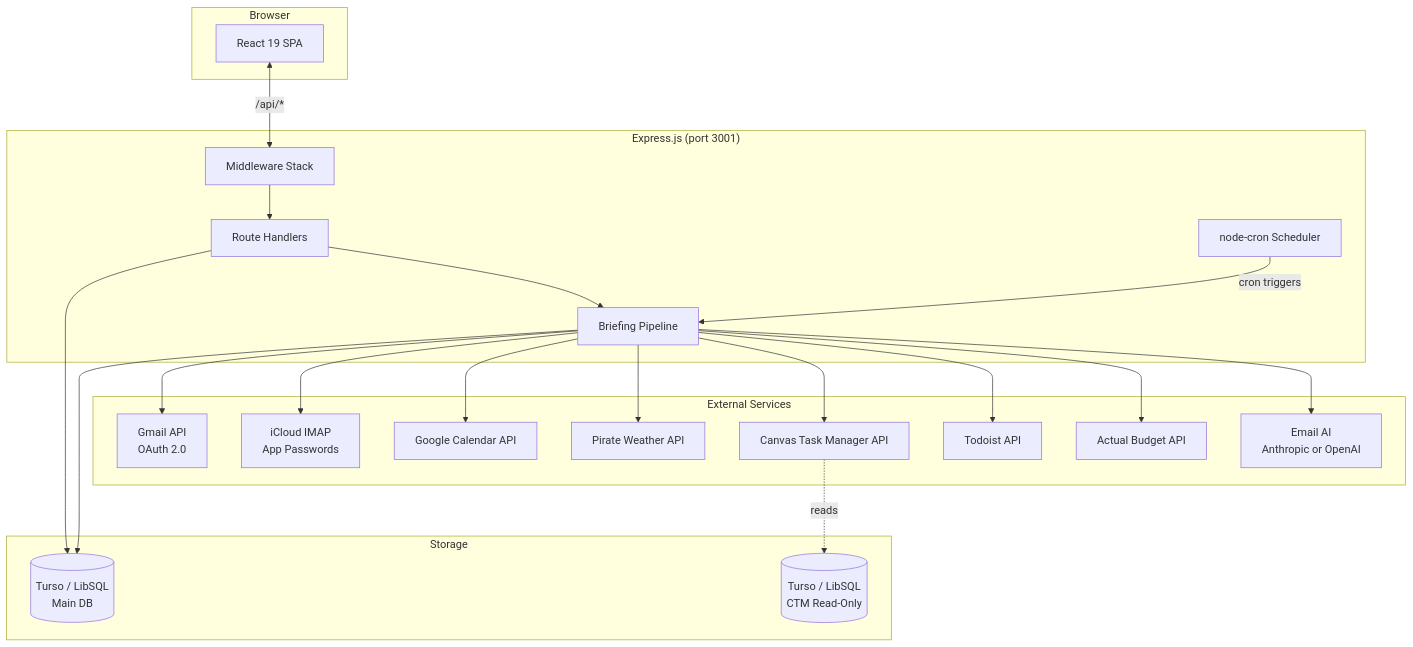
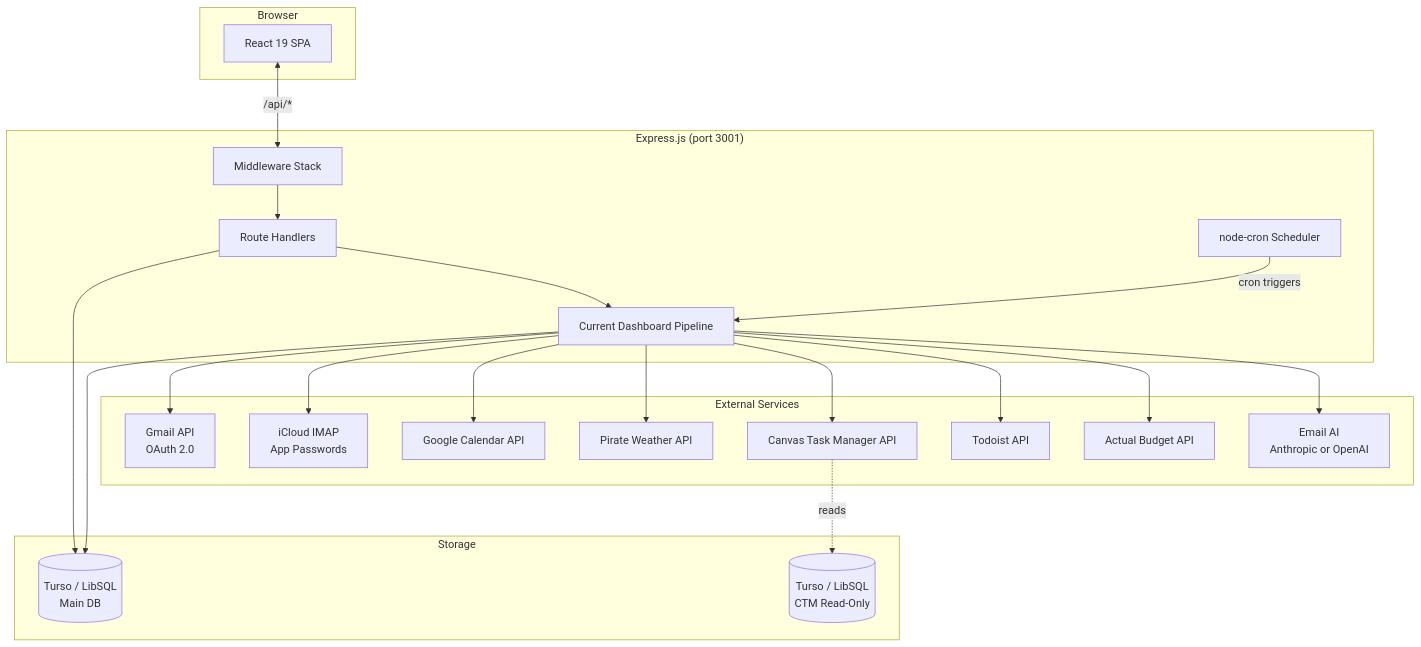
Before and after one commit to ansidian/Setpoint: the first of 7 diagrams in ARCHITECTURE.md, drawn with Mermaid. The commit also changed other lines of this file and 18 other files, not shown here.

````diff
--- a/ARCHITECTURE.md
+++ b/ARCHITECTURE.md
@@ -7,39 +7,39 @@
 ```mermaid
 graph TB
     subgraph Browser
         SPA[React 19 SPA]
     end
 
     subgraph Server["Express.js (port 3001)"]
         MW[Middleware Stack]
         Routes[Route Handlers]
-        Pipeline[Briefing Pipeline]
+        Pipeline[Current Dashboard Pipeline]
         Scheduler[node-cron Scheduler]
     end
 
     subgraph External["External Services"]
         Gmail[Gmail API<br/>OAuth 2.0]
         iCloud[iCloud IMAP<br/>App Passwords]
         GCal[Google Calendar API]
         Weather[Pirate Weather API]
         CTM[Canvas Task Manager API]
         Todoist[Todoist API]
         Actual[Actual Budget API]
         EmailAI[Email AI<br/>Anthropic or OpenAI]
     end
 
     subgraph Storage
         Turso[(Turso / LibSQL<br/>Main DB)]
         TursoCTM[(Turso / LibSQL<br/>CTM Read-Only)]
     end
 
     SPA <-->|/api/*| MW
     MW --> Routes
     Routes --> Pipeline
     Scheduler -->|cron triggers| Pipeline
     Pipeline --> Gmail & iCloud & GCal & Weather & CTM & Todoist & Actual
     Pipeline --> EmailAI
     Routes --> Turso
     Pipeline --> Turso
     CTM -.->|reads| TursoCTM
 ```
````
